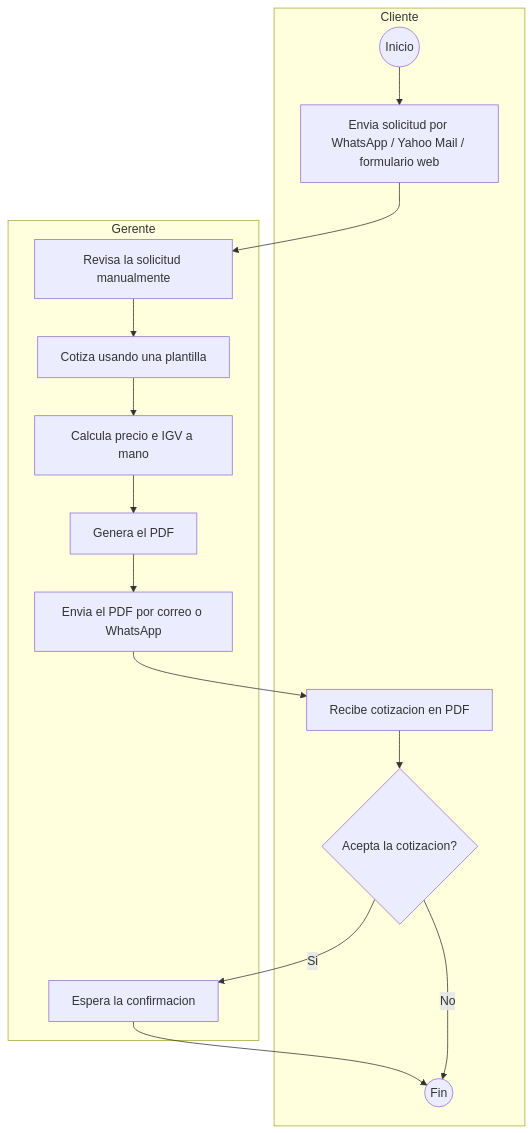
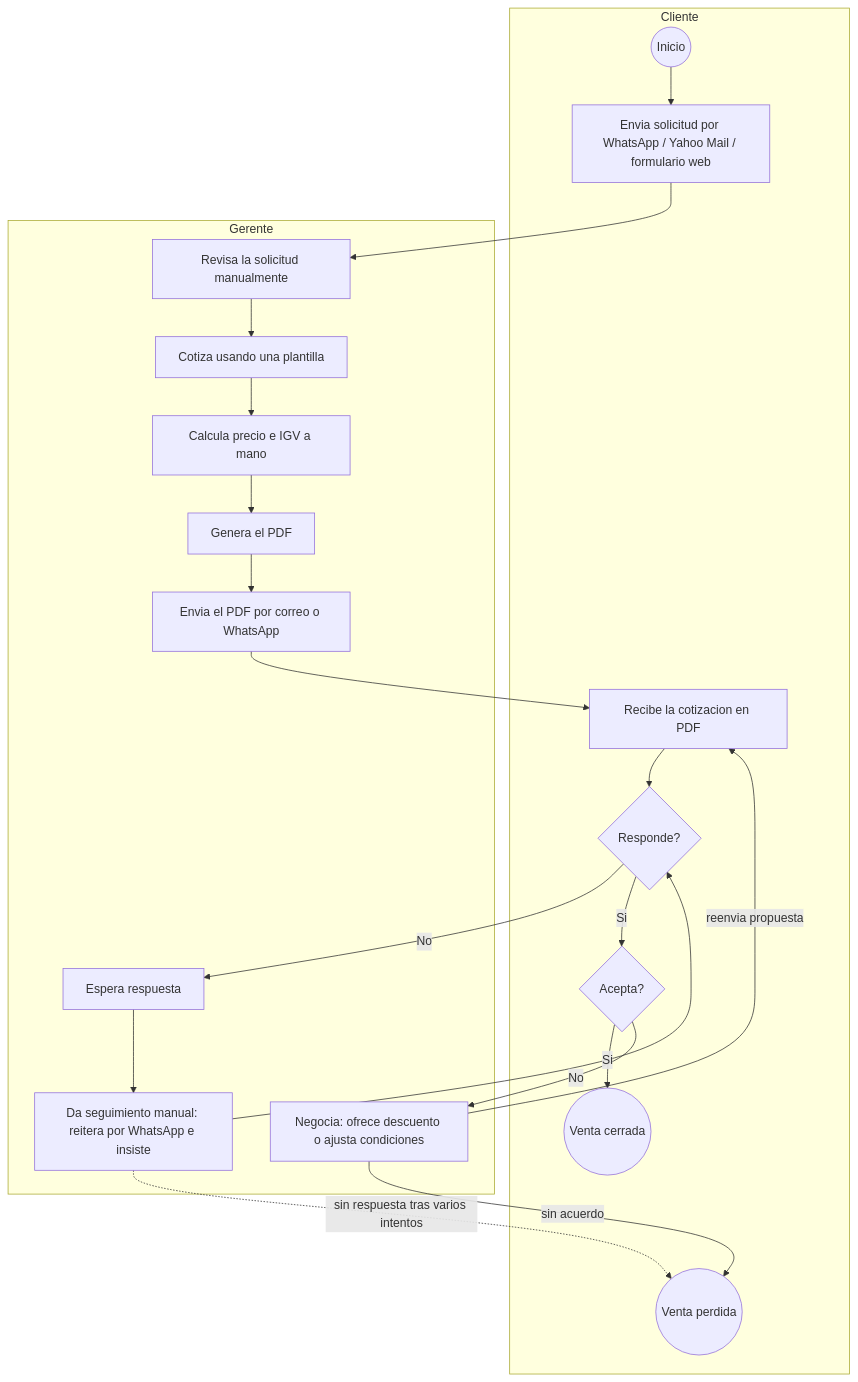
Before and after one commit to steveenmaque/InflesusventasPrototype: the first of 3 diagrams in Documentacion/01_Desarrollo_Semanal/Semana_01_Introduccion/README.md, drawn with Mermaid. The commit also changed other lines of this file, not shown here.

````diff
--- a/Documentacion/01_Desarrollo_Semanal/Semana_01_Introduccion/README.md
+++ b/Documentacion/01_Desarrollo_Semanal/Semana_01_Introduccion/README.md
@@ -111,21 +112,30 @@
 ```mermaid
 flowchart TD
     subgraph Cliente
         A((Inicio)) --> B[Envia solicitud por WhatsApp / Yahoo Mail / formulario web]
-        L[Recibe cotizacion en PDF]
-        M{Acepta la cotizacion?}
-        N((Fin))
+        L[Recibe la cotizacion en PDF]
+        M{Responde?}
+        M2{Acepta?}
+        N((Venta cerrada))
+        X((Venta perdida))
     end
     subgraph Gerente
         C[Revisa la solicitud manualmente]
         D[Cotiza usando una plantilla]
         E[Calcula precio e IGV a mano]
         F[Genera el PDF]
         G[Envia el PDF por correo o WhatsApp]
-        H[Espera la confirmacion]
+        H[Espera respuesta]
+        S[Da seguimiento manual: reitera por WhatsApp e insiste]
+        K[Negocia: ofrece descuento o ajusta condiciones]
     end
     B --> C --> D --> E --> F --> G --> L
     L --> M
-    M -- Si --> H --> N
-    M -- No --> N
+    M -- No --> H --> S --> M
+    M -- Si --> M2
+    M2 -- Si --> N
+    M2 -- No --> K
+    K -- reenvia propuesta --> L
+    K -- sin acuerdo --> X
+    S -. sin respuesta tras varios intentos .-> X
 ```
````
